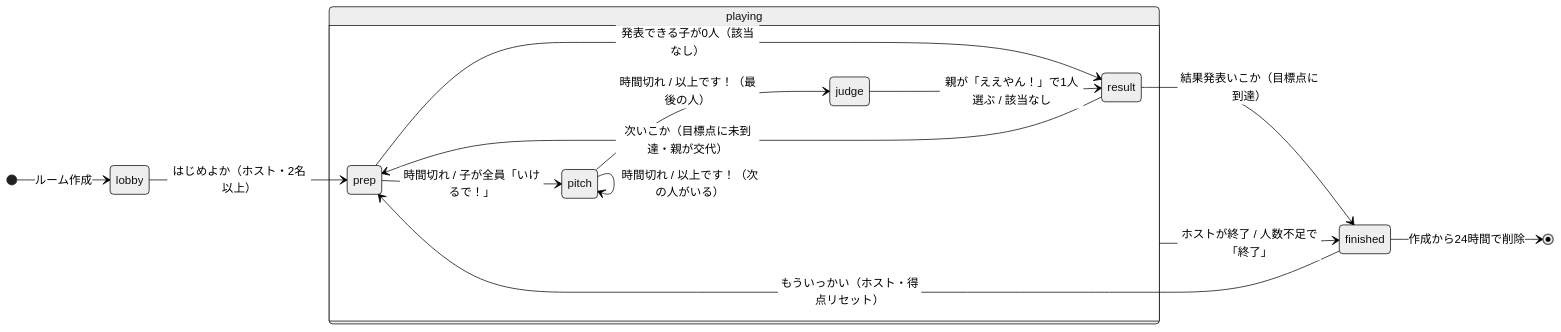
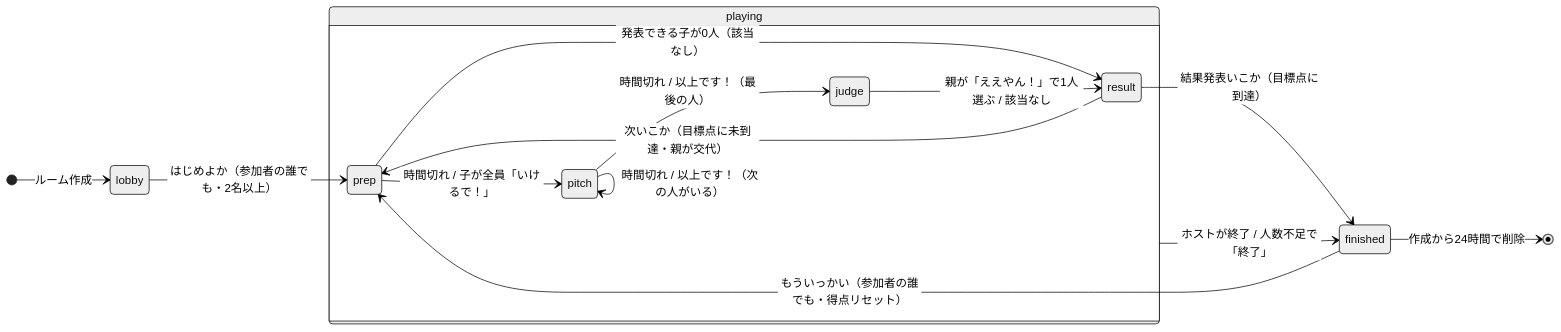
One commit to yuudai0317/eeyan changed the diagram in docs/state-machine.md. Above: the diagram before and after it, drawn with Mermaid (neutral theme). The commit also changed other lines of this file and 7 other files, not shown here.

````diff
--- a/docs/state-machine.md
+++ b/docs/state-machine.md
@@ -7,21 +7,21 @@
 ```mermaid
 stateDiagram-v2
     direction LR
     [*] --> lobby: ルーム作成
 
-    lobby --> prep: はじめよか（ホスト・2名以上）
+    lobby --> prep: はじめよか（参加者の誰でも・2名以上）
 
     state playing {
         prep --> pitch: 時間切れ / 子が全員「いけるで！」
         prep --> result: 発表できる子が0人（該当なし）
         pitch --> pitch: 時間切れ / 以上です！（次の人がいる）
         pitch --> judge: 時間切れ / 以上です！（最後の人）
         judge --> result: 親が「ええやん！」で1人選ぶ / 該当なし
         result --> prep: 次いこか（目標点に未到達・親が交代）
     }
 
     result --> finished: 結果発表いこか（目標点に到達）
     playing --> finished: ホストが終了 / 人数不足で「終了」
-    finished --> prep: もういっかい（ホスト・得点リセット）
+    finished --> prep: もういっかい（参加者の誰でも・得点リセット）
     finished --> [*]: 作成から24時間で削除
 ```
````
